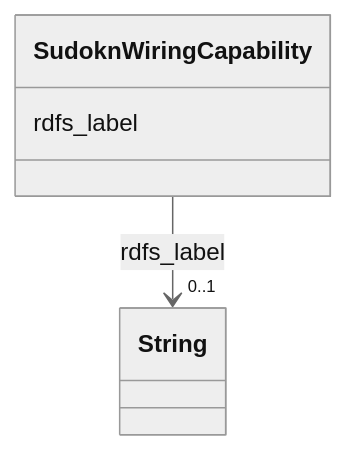
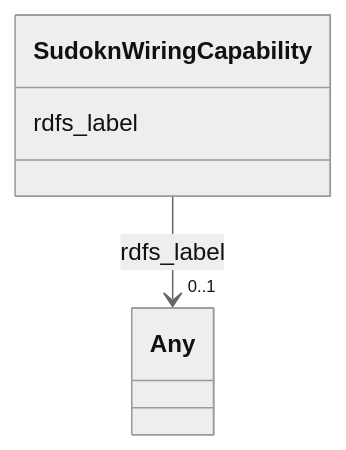
Before and after one commit to frink-okn/graph-descriptions: the diagram in sudokn-kg/classes/SudoknWiringCapability.md, drawn with Mermaid (neutral theme). The commit also changed other lines of this file and 903 other files, not shown here.

````diff
--- a/sudokn-kg/classes/SudoknWiringCapability.md
+++ b/sudokn-kg/classes/SudoknWiringCapability.md
@@ -23,15 +18,15 @@
 ```mermaid
  classDiagram
     class SudoknWiringCapability
     click SudoknWiringCapability href "../SudoknWiringCapability"
       SudoknWiringCapability : rdfs_label
         
           
     
     
-    SudoknWiringCapability --> "0..1" String : rdfs_label
-    click String href "../String"
+    SudoknWiringCapability --> "0..1" Any : rdfs_label
+    click Any href "../Any"
 
         
       
 ```
````
